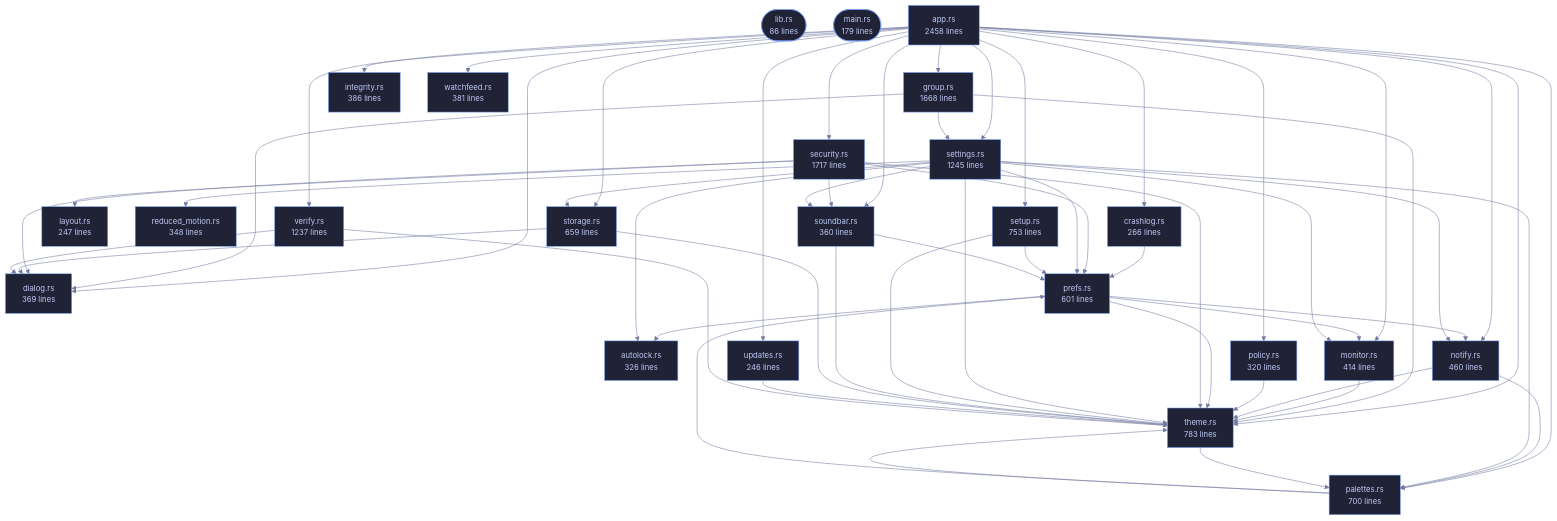
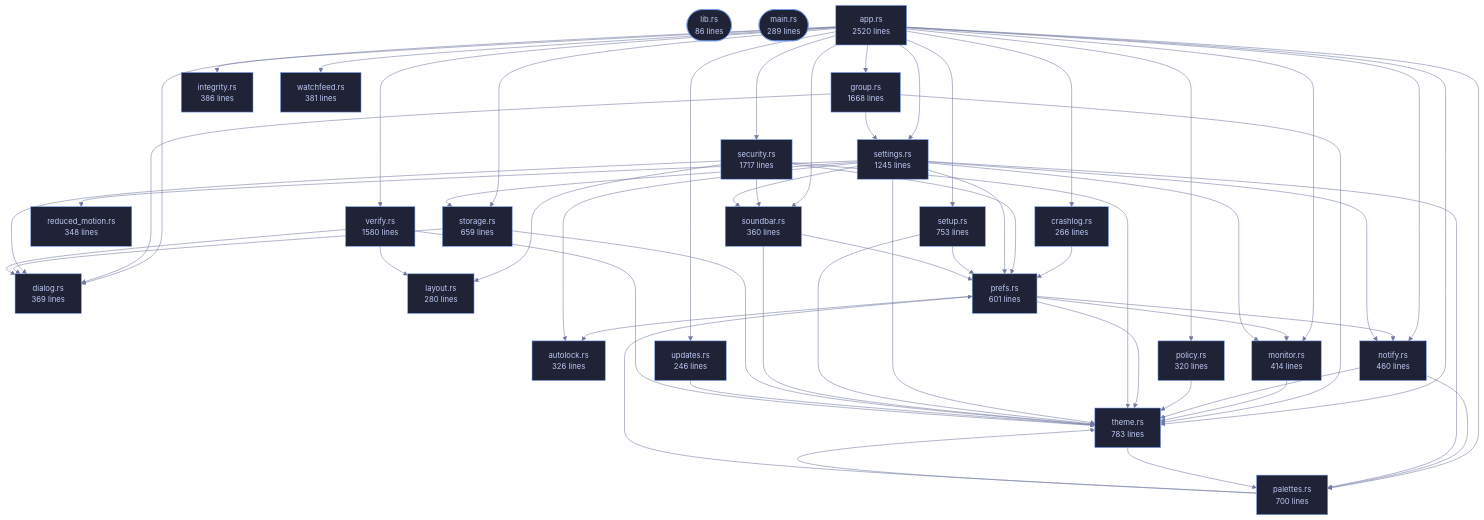
The diagram in wiki/Crate-veilvoice-gui.md (tilas01/veilvoice), drawn with Mermaid before and after one commit. The commit also changed other lines of this file and 94 other files, not shown here.

```diff
--- a/wiki/Crate-veilvoice-gui.md
+++ b/wiki/Crate-veilvoice-gui.md
@@ -82,14 +82,14 @@
 %%{init: {"theme":"base","themeVariables":{"background":"#1a1b26","primaryColor":"#1f2335","primaryTextColor":"#c0caf5","primaryBorderColor":"#7aa2f7","secondaryColor":"#16161e","tertiaryColor":"#16161e","lineColor":"#737aa2","textColor":"#c0caf5","mainBkg":"#1f2335","nodeBorder":"#7aa2f7","clusterBkg":"#16161e","clusterBorder":"#2f3549","fontFamily":"ui-monospace, SFMono-Regular, Consolas, monospace","fontSize":"14px"}}}%%
 flowchart TD
     n_lib(["lib.rs<br/>86 lines"])
-    n_main(["main.rs<br/>179 lines"])
-    n_app["app.rs<br/>2458 lines"]
+    n_main(["main.rs<br/>289 lines"])
+    n_app["app.rs<br/>2520 lines"]
     n_autolock["autolock.rs<br/>326 lines"]
     n_crashlog["crashlog.rs<br/>266 lines"]
     n_dialog["dialog.rs<br/>369 lines"]
     n_group["group.rs<br/>1668 lines"]
     n_integrity["integrity.rs<br/>386 lines"]
-    n_layout["layout.rs<br/>247 lines"]
+    n_layout["layout.rs<br/>280 lines"]
     n_monitor["monitor.rs<br/>414 lines"]
     n_notify["notify.rs<br/>460 lines"]
     n_palettes["palettes.rs<br/>700 lines"]
@@ -103,7 +103,7 @@
     n_storage["storage.rs<br/>659 lines"]
     n_theme["theme.rs<br/>783 lines"]
     n_updates["updates.rs<br/>246 lines"]
-    n_verify["verify.rs<br/>1237 lines"]
+    n_verify["verify.rs<br/>1580 lines"]
     n_watchfeed["watchfeed.rs<br/>381 lines"]
     n_app --> n_crashlog
     n_app --> n_dialog
@@ -159,6 +159,7 @@
     n_theme --> n_palettes
     n_updates --> n_theme
     n_verify --> n_dialog
+    n_verify --> n_layout
     n_verify --> n_theme
     click n_lib href "https://github.com/tilas01/veilvoice/blob/main/crates/veilvoice-gui/src/lib.rs" "open the source"
     click n_main href "https://github.com/tilas01/veilvoice/blob/main/crates/veilvoice-gui/src/main.rs" "open the source"
```
